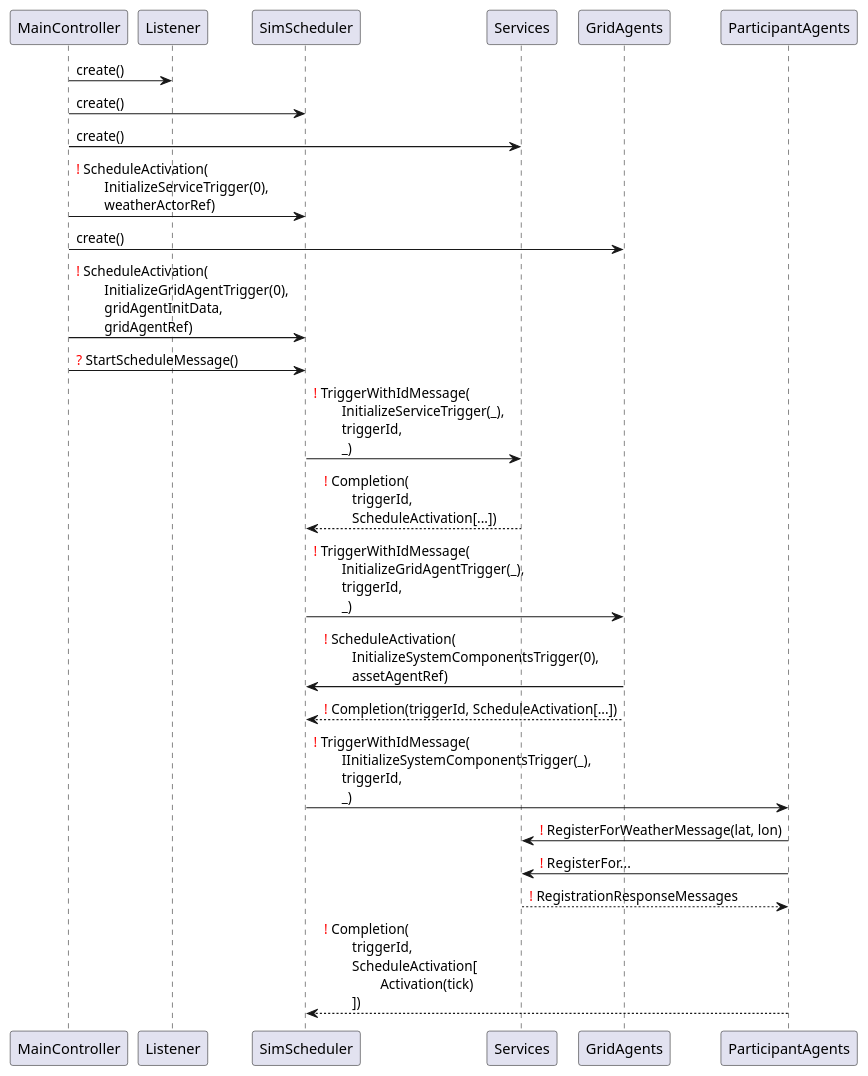
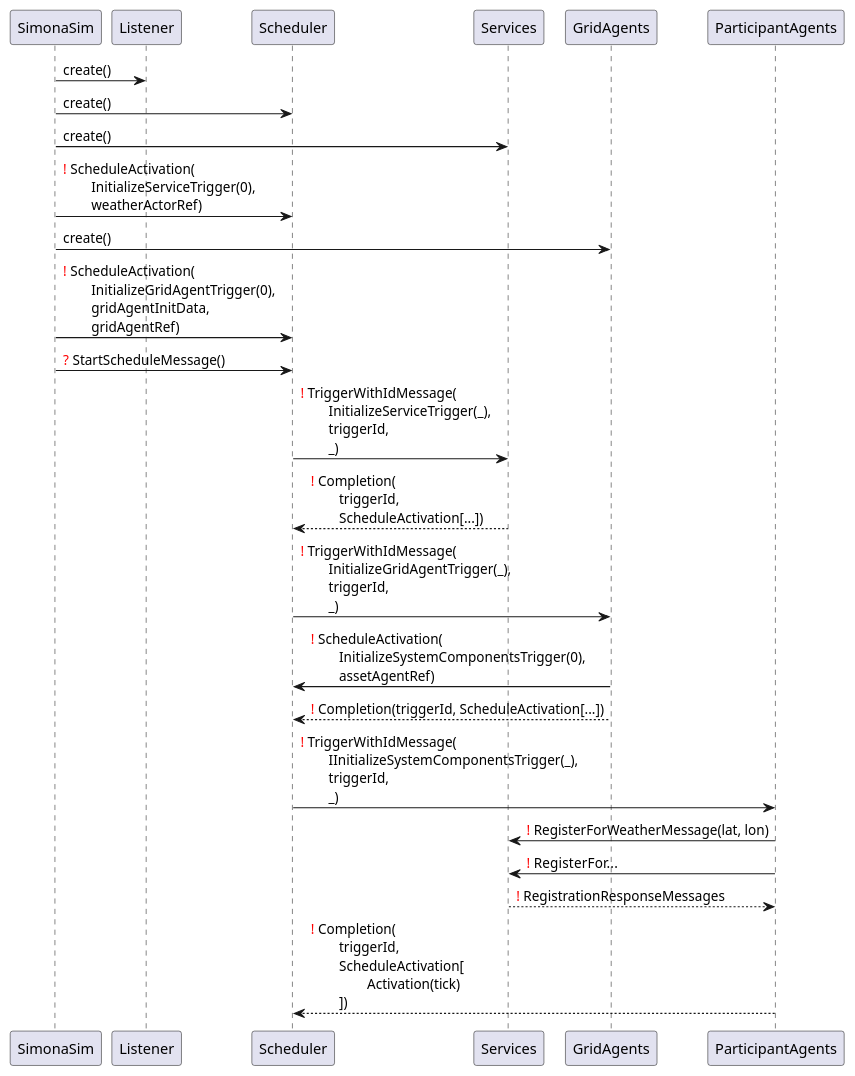
The diagram in docs/uml/protocol/InitializationPhase.puml (ie3-institute/simona), drawn with PlantUML before and after one commit. The commit also changed 3 other files, not shown here.

Commit message:
Changed SimScheduler and MainController to Scheduler and SimonaSim

```diff
--- a/docs/uml/protocol/InitializationPhase.puml
+++ b/docs/uml/protocol/InitializationPhase.puml
@@ -1,19 +1,19 @@
 @startuml
-MainController -> Listener: create()
-MainController -> SimScheduler: create()
-MainController -> Services: create()
-MainController -> SimScheduler: <font color=red>!</font> ScheduleActivation(\n\tInitializeServiceTrigger(0),\n\tweatherActorRef)
-MainController -> GridAgents: create()
-MainController -> SimScheduler: <font color=red>!</font> ScheduleActivation(\n\tInitializeGridAgentTrigger(0),\n\tgridAgentInitData,\n\tgridAgentRef)
-MainController -> SimScheduler: <font color=red>?</font> StartScheduleMessage()
-SimScheduler -> Services: <font color=red>!</font> TriggerWithIdMessage(\n\tInitializeServiceTrigger(_),\n\ttriggerId,\n\t_)
-Services --> SimScheduler: <font color=red>!</font> Completion(\n\ttriggerId,\n\tScheduleActivation[...])
-SimScheduler -> GridAgents: <font color=red>!</font> TriggerWithIdMessage(\n\tInitializeGridAgentTrigger(_),\n\ttriggerId,\n\t_)
-GridAgents -> SimScheduler: <font color=red>!</font> ScheduleActivation(\n\tInitializeSystemComponentsTrigger(0),\n\tassetAgentRef)
-GridAgents --> SimScheduler: <font color=red>!</font> Completion(triggerId, ScheduleActivation[...])
-SimScheduler -> ParticipantAgents: <font color=red>!</font> TriggerWithIdMessage(\n\tIInitializeSystemComponentsTrigger(_),\n\ttriggerId,\n\t_)
+SimonaSim -> Listener: create()
+SimonaSim -> Scheduler: create()
+SimonaSim -> Services: create()
+SimonaSim -> Scheduler: <font color=red>!</font> ScheduleActivation(\n\tInitializeServiceTrigger(0),\n\tweatherActorRef)
+SimonaSim -> GridAgents: create()
+SimonaSim -> Scheduler: <font color=red>!</font> ScheduleActivation(\n\tInitializeGridAgentTrigger(0),\n\tgridAgentInitData,\n\tgridAgentRef)
+SimonaSim -> Scheduler: <font color=red>?</font> StartScheduleMessage()
+Scheduler -> Services: <font color=red>!</font> TriggerWithIdMessage(\n\tInitializeServiceTrigger(_),\n\ttriggerId,\n\t_)
+Services --> Scheduler: <font color=red>!</font> Completion(\n\ttriggerId,\n\tScheduleActivation[...])
+Scheduler -> GridAgents: <font color=red>!</font> TriggerWithIdMessage(\n\tInitializeGridAgentTrigger(_),\n\ttriggerId,\n\t_)
+GridAgents -> Scheduler: <font color=red>!</font> ScheduleActivation(\n\tInitializeSystemComponentsTrigger(0),\n\tassetAgentRef)
+GridAgents --> Scheduler: <font color=red>!</font> Completion(triggerId, ScheduleActivation[...])
+Scheduler -> ParticipantAgents: <font color=red>!</font> TriggerWithIdMessage(\n\tIInitializeSystemComponentsTrigger(_),\n\ttriggerId,\n\t_)
 ParticipantAgents -> Services: <font color=red>!</font> RegisterForWeatherMessage(lat, lon)
 ParticipantAgents -> Services: <font color=red>!</font> RegisterFor...
 Services --> ParticipantAgents: <font color=red>!</font> RegistrationResponseMessages
-ParticipantAgents --> SimScheduler: <font color=red>!</font> Completion(\n\ttriggerId,\n\tScheduleActivation[\n\t\tActivation(tick)\n\t])
+ParticipantAgents --> Scheduler: <font color=red>!</font> Completion(\n\ttriggerId,\n\tScheduleActivation[\n\t\tActivation(tick)\n\t])
 @enduml
```
